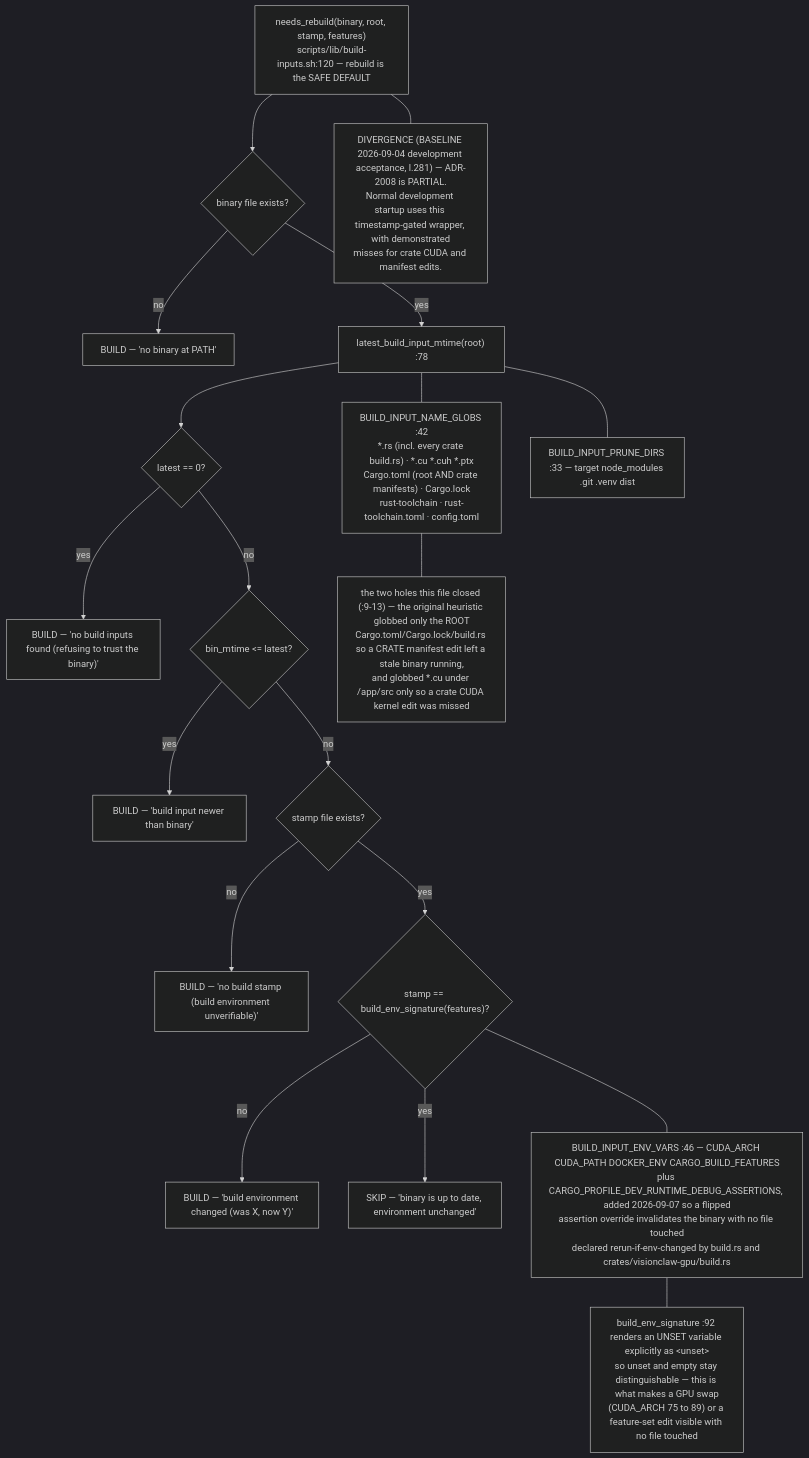
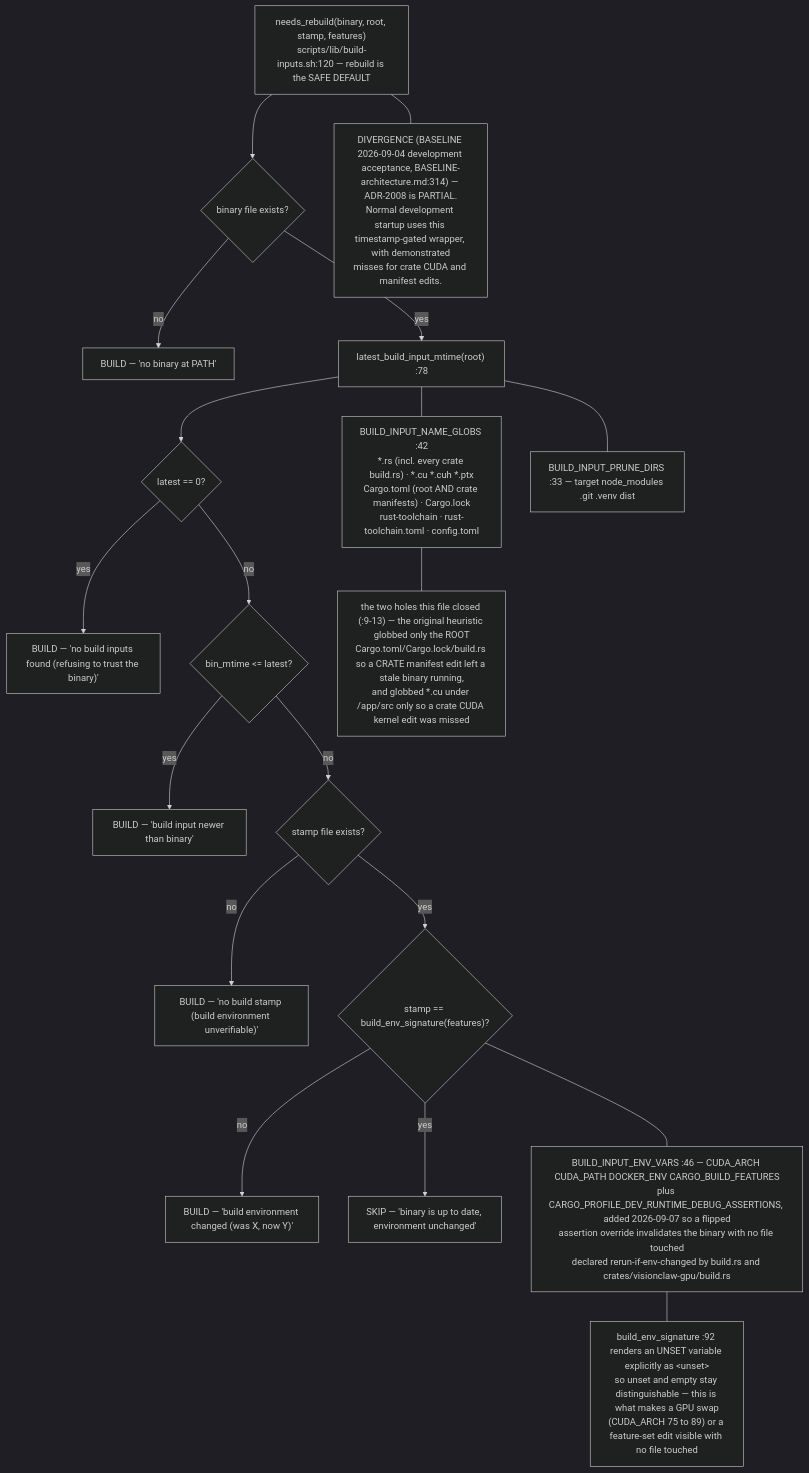
Before and after one commit to DreamLab-AI/VisionFlow: the seventh of 9 diagrams in docs/diagrams/visionclaw/08-observability-health-and-dev-loop.md, drawn with Mermaid (dark theme). The commit also changed other lines of this file and 111 other files, not shown here.

Commit message:
docs(diagrams): align estate maps with current source

````diff
--- a/docs/diagrams/visionclaw/08-observability-health-and-dev-loop.md
+++ b/docs/diagrams/visionclaw/08-observability-health-and-dev-loop.md
@@ -243,28 +244,28 @@
 ```mermaid
 flowchart TB
     NR["needs_rebuild(binary, root, stamp, features)<br/>scripts/lib/build-inputs.sh:120 — rebuild is the SAFE DEFAULT"]
     NR --> C1{"binary file exists?"}
     C1 -->|no| B1["BUILD — 'no binary at PATH'"]
     C1 -->|yes| C2["latest_build_input_mtime(root) :78"]
     C2 --> C3{"latest == 0?"}
     C3 -->|yes| B2["BUILD — 'no build inputs found (refusing to trust the binary)'"]
     C3 -->|no| C4{"bin_mtime <= latest?"}
     C4 -->|yes| B3["BUILD — 'build input newer than binary'"]
     C4 -->|no| C5{"stamp file exists?"}
     C5 -->|no| B4["BUILD — 'no build stamp (build environment unverifiable)'"]
     C5 -->|yes| C6{"stamp == build_env_signature(features)?"}
     C6 -->|no| B5["BUILD — 'build environment changed (was X, now Y)'"]
     C6 -->|yes| SK["SKIP — 'binary is up to date, environment unchanged'"]
     GLOB["BUILD_INPUT_NAME_GLOBS :42<br/>*.rs (incl. every crate build.rs) · *.cu *.cuh *.ptx<br/>Cargo.toml (root AND crate manifests) · Cargo.lock<br/>rust-toolchain · rust-toolchain.toml · config.toml"]
     PRUNE["BUILD_INPUT_PRUNE_DIRS :33 — target node_modules .git .venv dist"]
     ENVV["BUILD_INPUT_ENV_VARS :46 — CUDA_ARCH CUDA_PATH DOCKER_ENV CARGO_BUILD_FEATURES<br/>plus CARGO_PROFILE_DEV_RUNTIME_DEBUG_ASSERTIONS, added 2026-09-07 so a flipped<br/>assertion override invalidates the binary with no file touched<br/>declared rerun-if-env-changed by build.rs and crates/visionclaw-gpu/build.rs"]
     C2 --- GLOB
     C2 --- PRUNE
     C6 --- ENVV
     SIG["build_env_signature :92 renders an UNSET variable explicitly as &lt;unset&gt;<br/>so unset and empty stay distinguishable — this is what makes a GPU swap<br/>(CUDA_ARCH 75 to 89) or a feature-set edit visible with no file touched"]
     ENVV --- SIG
     HOLES["the two holes this file closed (:9-13) — the original heuristic globbed only the ROOT<br/>Cargo.toml/Cargo.lock/build.rs so a CRATE manifest edit left a stale binary running,<br/>and globbed *.cu under /app/src only so a crate CUDA kernel edit was missed"]
     GLOB --- HOLES
-    DIV["DIVERGENCE (BASELINE 2026-09-04 development acceptance, l.281) — ADR-2008 is PARTIAL.<br/>Normal development startup uses this timestamp-gated wrapper, with demonstrated<br/>misses for crate CUDA and manifest edits."]
+    DIV["DIVERGENCE (BASELINE 2026-09-04 development acceptance, BASELINE-architecture.md:314) — ADR-2008 is PARTIAL.<br/>Normal development startup uses this timestamp-gated wrapper, with demonstrated<br/>misses for crate CUDA and manifest edits."]
     NR --- DIV
 ```
````
